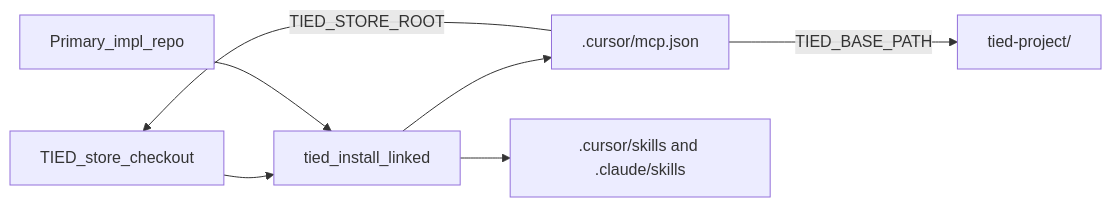
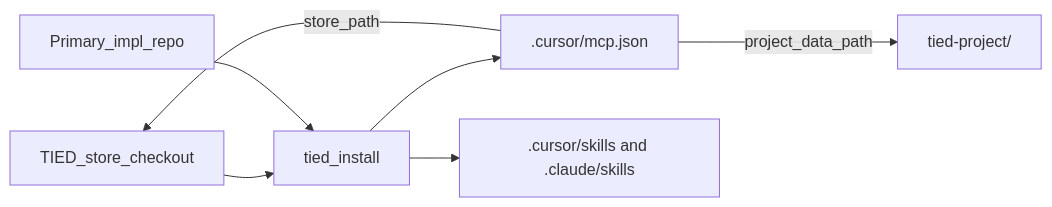
The second of 2 diagrams in README.md (fareedst/tied), drawn with Mermaid before and after one commit. The commit also changed other lines of this file and 13 other files, not shown here.

First line of the commit message:
docs(readme): store-root install; env flags in bootstrap

````diff
--- a/README.md
+++ b/README.md
@@ -298,14 +298,14 @@
 ```mermaid
 flowchart LR
   store[TIED_store_checkout]
   primary[Primary_impl_repo]
-  install[tied_install_linked]
+  install[tied_install]
   mcp[".cursor/mcp.json"]
   skills[".cursor/skills and .claude/skills"]
   store --> install
   primary --> install
   install --> mcp
   install --> skills
-  mcp -->|TIED_STORE_ROOT| store
-  mcp -->|TIED_BASE_PATH| tiedProject["tied-project/"]
+  mcp -->|store_path| store
+  mcp -->|project_data_path| tiedProject["tied-project/"]
 ```
````
